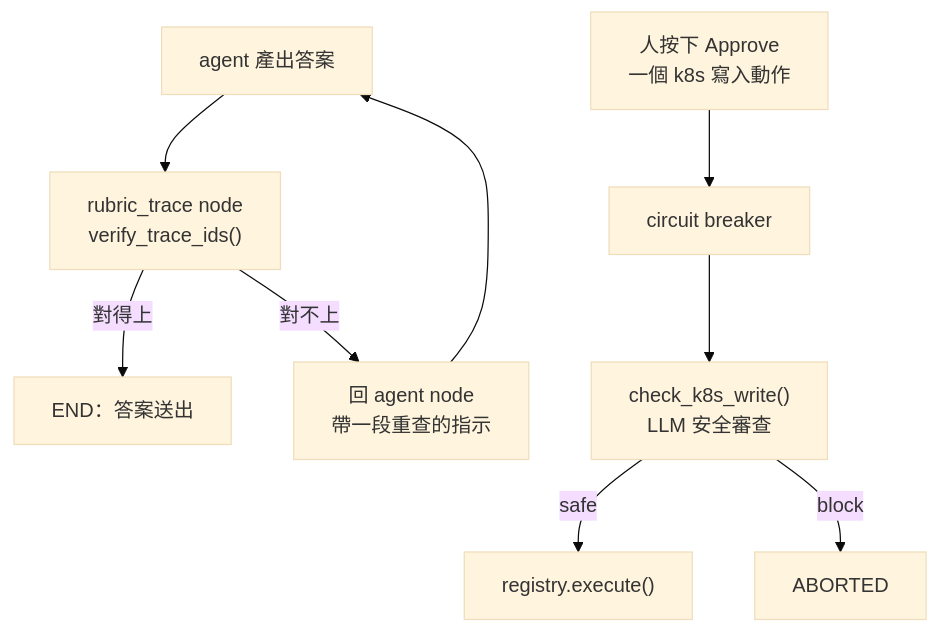
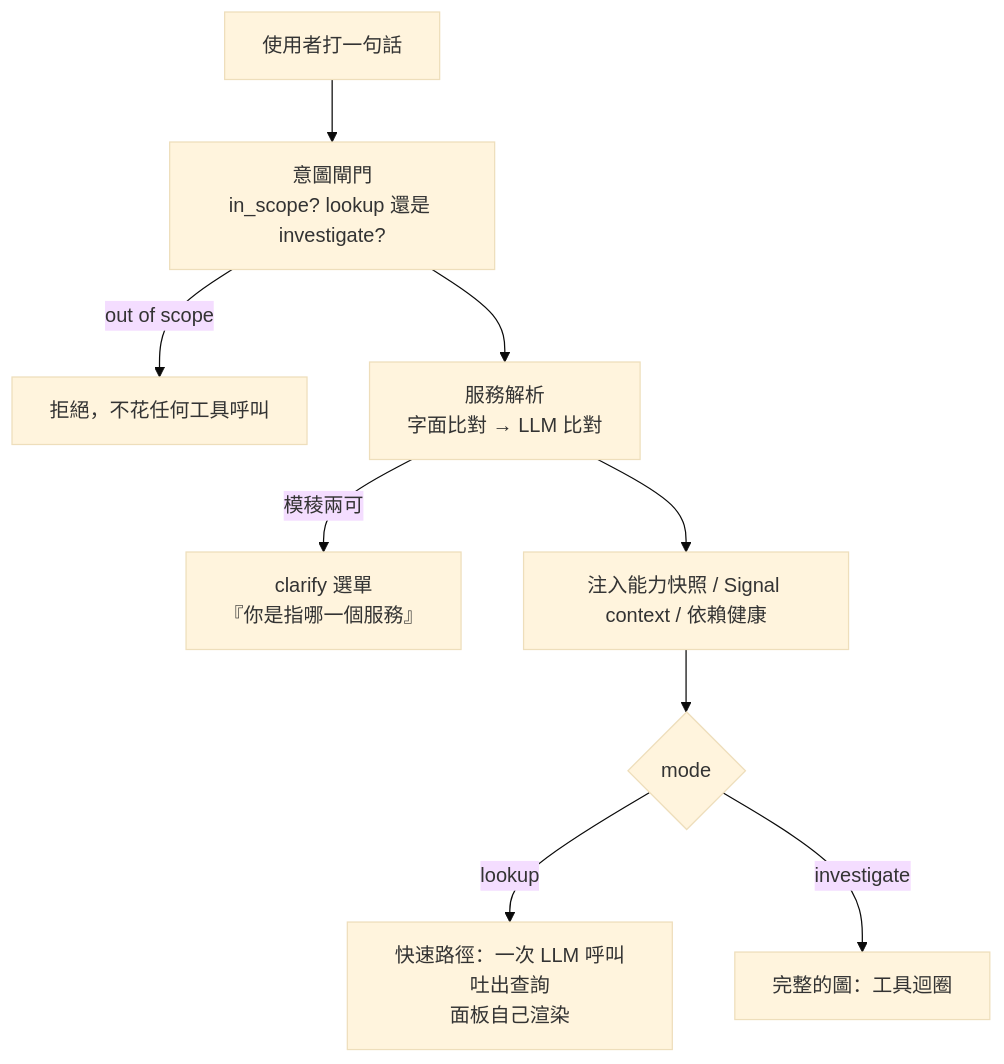
Before and after one commit to tedmax100/o11y-bench: the first of 2 diagrams in weaver-demo/ironman-2026/day26.md, drawn with Mermaid (base theme). The commit also changed other lines of this file and 29 other files, not shown here.

````diff
--- a/weaver-demo/ironman-2026/day26.md
+++ b/weaver-demo/ironman-2026/day26.md
@@ -21,11 +28,11 @@
 ```mermaid
 flowchart TB
-    A["agent 產出答案"] --> RT["rubric_trace node<br/>verify_trace_ids()"]
-    RT -->|對得上| E["END：答案送出"]
-    RT -->|對不上| B["回 agent node<br/>帶一段重查的指示"]
-    B --> A
-    P["人按下 Approve<br/>一個 k8s 寫入動作"] --> CB["circuit breaker"]
-    CB --> KJ["check_k8s_write()<br/>LLM 安全審查"]
-    KJ -->|safe| X["registry.execute()"]
-    KJ -->|block| AB["ABORTED"]
+    U["使用者打一句話"] --> I["意圖閘門<br/>in_scope? lookup 還是 investigate?"]
+    I -->|out of scope| R["拒絕，不花任何工具呼叫"]
+    I --> S["服務解析<br/>字面比對 → LLM 比對"]
+    S -->|模稜兩可| C["clarify 選單<br/>『你是指哪一個服務』"]
+    S --> INJ["注入能力快照 / Signal context / 依賴健康"]
+    INJ --> M{"mode"}
+    M -->|lookup| F["快速路徑：一次 LLM 呼叫吐出查詢<br/>面板自己渲染"]
+    M -->|investigate| G["完整的圖：工具迴圈"]
 ```
````
